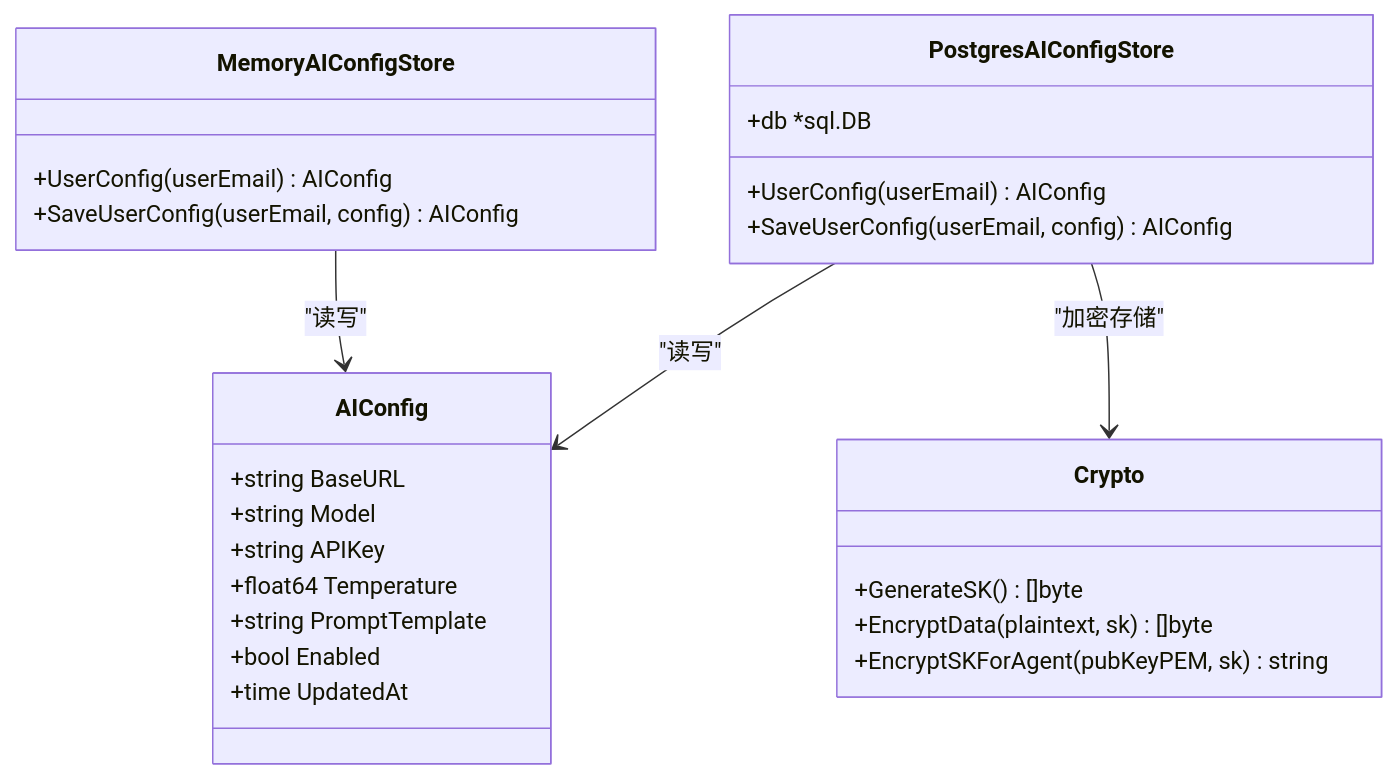
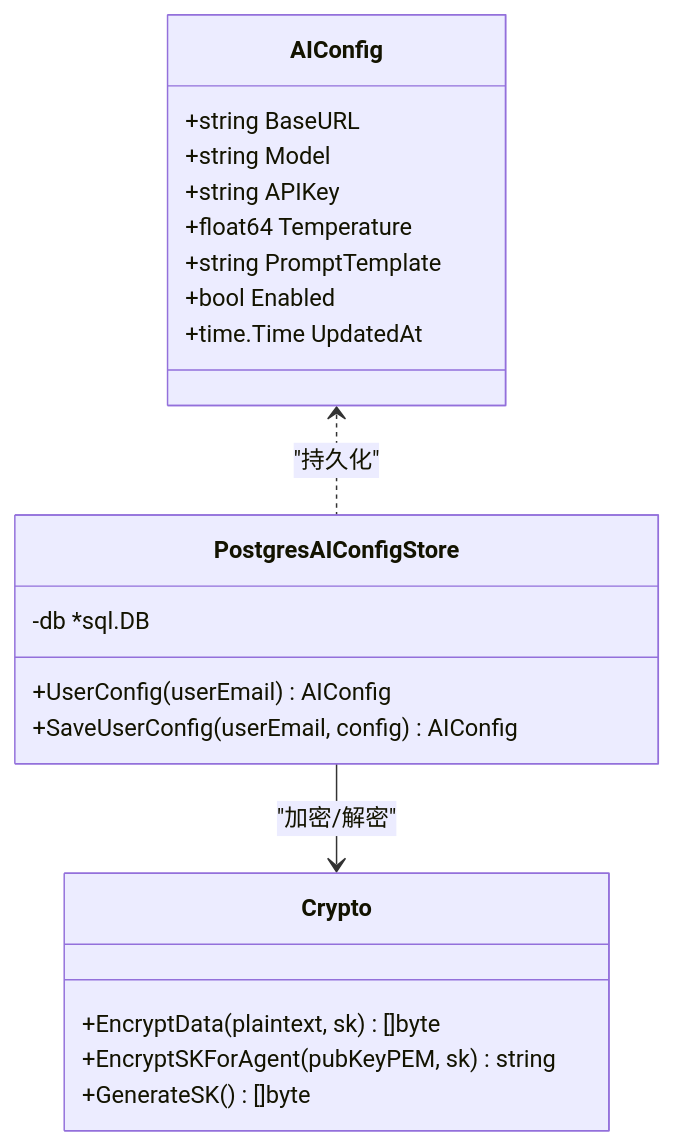
One commit to alvinwangzi/goodhr changed the fifth of 8 diagrams in .qoder/repowiki/zh/content/云端后端服务/候选人处理系统/AI匹配评分/AI配置管理.md. Above: the diagram before and after it, drawn with Mermaid. The commit also changed other lines of this file and 149 other files, not shown here.

````diff
--- a/.qoder/repowiki/zh/content/云端后端服务/候选人处理系统/AI匹配评分/AI配置管理.md
+++ b/.qoder/repowiki/zh/content/云端后端服务/候选人处理系统/AI匹配评分/AI配置管理.md
@@ -191,29 +185,24 @@
 ```mermaid
 classDiagram
 class AIConfig {
 +string BaseURL
 +string Model
 +string APIKey
 +float64 Temperature
 +string PromptTemplate
 +bool Enabled
-+time UpdatedAt
-}
-class MemoryAIConfigStore {
-+UserConfig(userEmail) AIConfig
-+SaveUserConfig(userEmail, config) AIConfig
++time.Time UpdatedAt
 }
 class PostgresAIConfigStore {
-+db *sql.DB
+-db *sql.DB
 +UserConfig(userEmail) AIConfig
 +SaveUserConfig(userEmail, config) AIConfig
 }
 class Crypto {
-+GenerateSK() []byte
 +EncryptData(plaintext, sk) []byte
 +EncryptSKForAgent(pubKeyPEM, sk) string
++GenerateSK() []byte
 }
-MemoryAIConfigStore --> AIConfig : "读写"
-PostgresAIConfigStore --> AIConfig : "读写"
-PostgresAIConfigStore --> Crypto : "加密存储"
+AIConfig <.. PostgresAIConfigStore : "持久化"
+PostgresAIConfigStore --> Crypto : "加密/解密"
 ```
````
